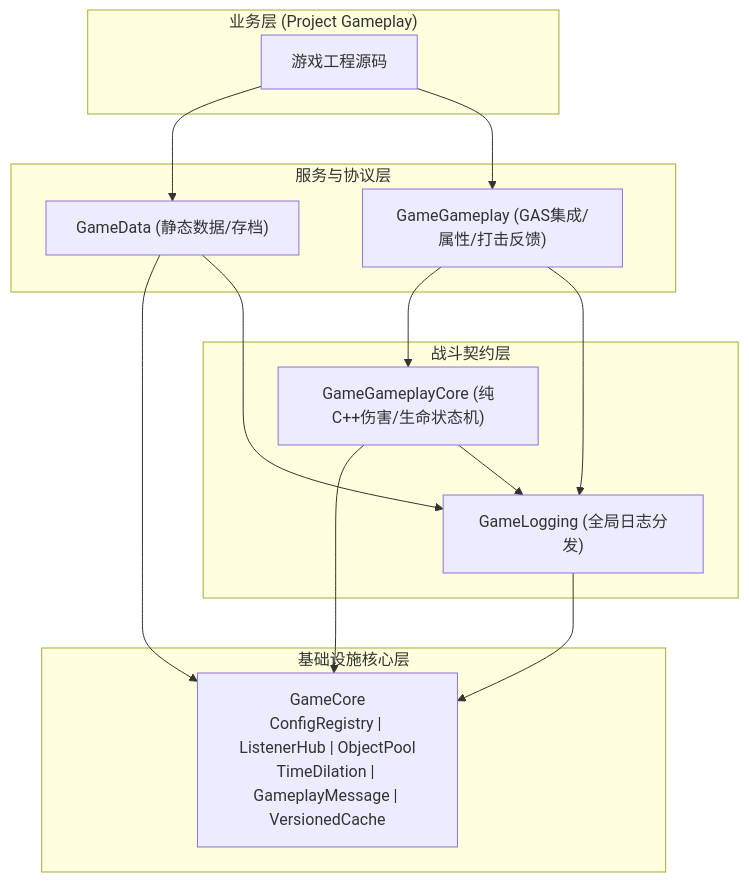
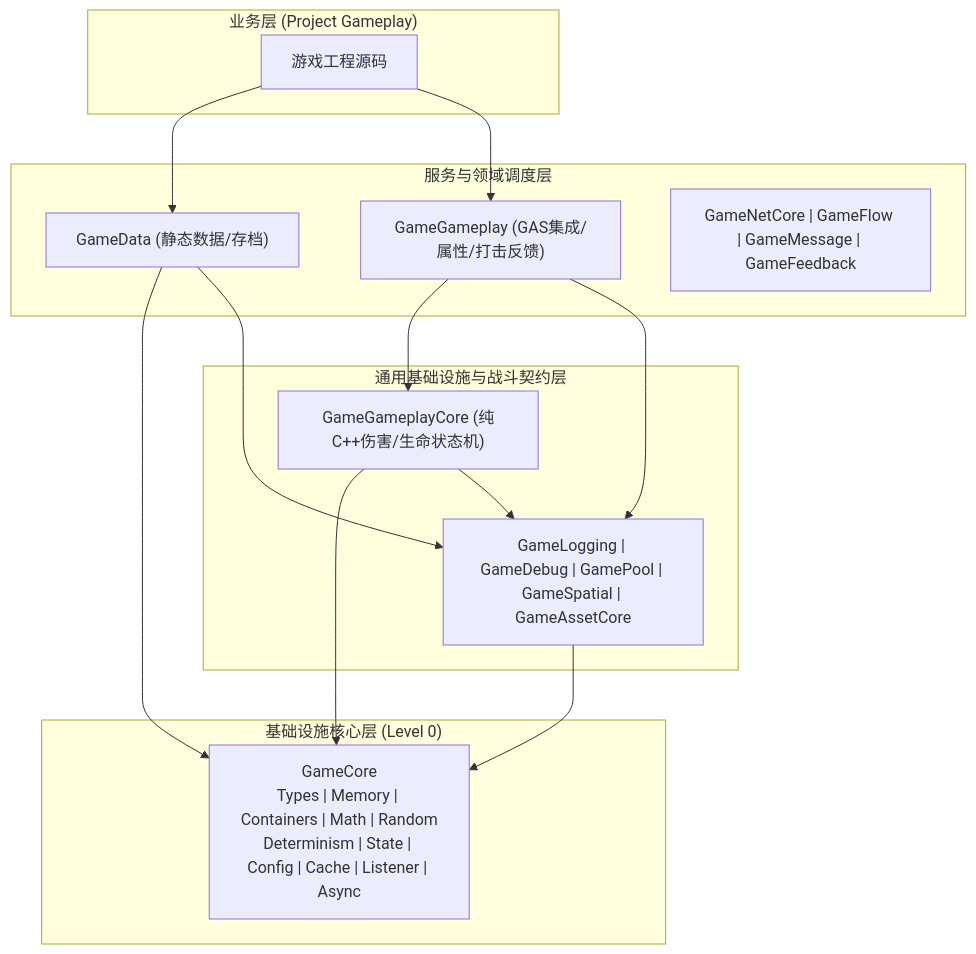
One commit to YIice-cwj/ue5-toolkit changed the second of 2 diagrams in Plugins/GameCore/Docs/Architecture/Overview.md. Above: the diagram before and after it, drawn with Mermaid. The commit also changed 364 other files, not shown here.

First line of the commit message:
refactor: 解耦拆分领域插件矩阵并深化 GameCore 纯逻辑基础设施

````diff
--- a/Plugins/GameCore/Docs/Architecture/Overview.md
+++ b/Plugins/GameCore/Docs/Architecture/Overview.md
@@ -35,30 +35,31 @@
 ```mermaid
 graph TD
     subgraph Layer3["业务层 (Project Gameplay)"]
         GameProject["游戏工程源码"]
     end
 
-    subgraph Layer2["服务与协议层"]
+    subgraph Layer2["服务与领域调度层"]
         GameData["GameData (静态数据/存档)"]
         GameGameplay["GameGameplay (GAS集成/属性/打击反馈)"]
+        GameDomain["GameNetCore | GameFlow | GameMessage | GameFeedback"]
     end
 
-    subgraph Layer1["战斗契约层"]
+    subgraph Layer1["通用基础设施与战斗契约层"]
         GameGameplayCore["GameGameplayCore (纯C++伤害/生命状态机)"]
-        GameLogging["GameLogging (全局日志分发)"]
+        GameLogging["GameLogging | GameDebug | GamePool | GameSpatial | GameAssetCore"]
     end
 
-    subgraph Layer0["基础设施核心层"]
-        GameCore["GameCore<br>ConfigRegistry | ListenerHub | ObjectPool<br>TimeDilation | GameplayMessage | VersionedCache"]
+    subgraph Layer0["基础设施核心层 (Level 0)"]
+        GameCore["GameCore<br>Types | Memory | Containers | Math | Random<br>Determinism | State | Config | Cache | Listener | Async"]
     end
 
     GameProject --> GameData
     GameProject --> GameGameplay
     GameGameplay --> GameGameplayCore
     GameGameplay --> GameLogging
     GameGameplayCore --> GameCore
     GameGameplayCore --> GameLogging
     GameData --> GameCore
     GameData --> GameLogging
     GameLogging --> GameCore
 ```
````
